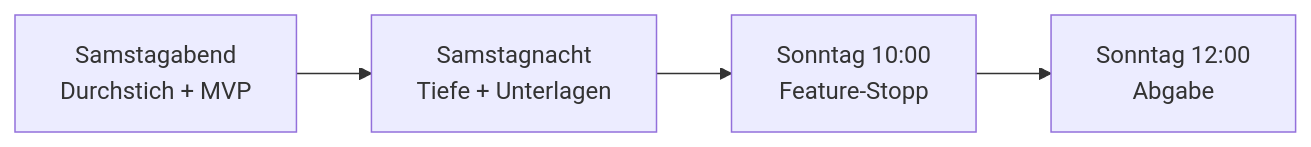
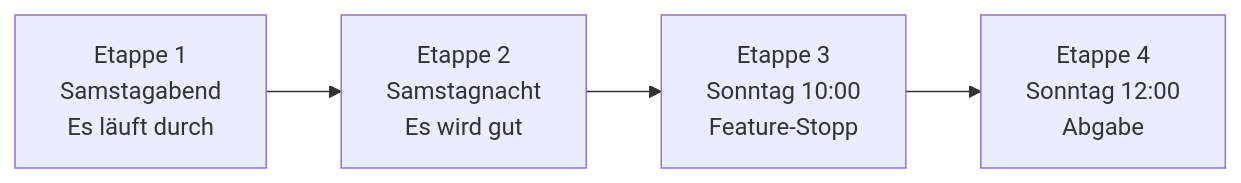
One commit to PiyushPapaya/TUMHackathon26 changed the diagram in docs/06_roadmap.md. Above: the diagram before and after it, drawn with Mermaid. The commit also changed other lines of this file and 11 other files, not shown here.

````diff
--- a/docs/06_roadmap.md
+++ b/docs/06_roadmap.md
@@ -16,4 +7,4 @@
 ```mermaid
 flowchart LR
-  M1["Samstagabend<br/>Durchstich + MVP"] --> M2["Samstagnacht<br/>Tiefe + Unterlagen"] --> M3["Sonntag 10:00<br/>Feature-Stopp"] --> M4["Sonntag 12:00<br/>Abgabe"]
+  E1["Etappe 1<br/>Samstagabend<br/>Es läuft durch"] --> E2["Etappe 2<br/>Samstagnacht<br/>Es wird gut"] --> E3["Etappe 3<br/>Sonntag 10:00<br/>Feature-Stopp"] --> E4["Etappe 4<br/>Sonntag 12:00<br/>Abgabe"]
 ```
````
